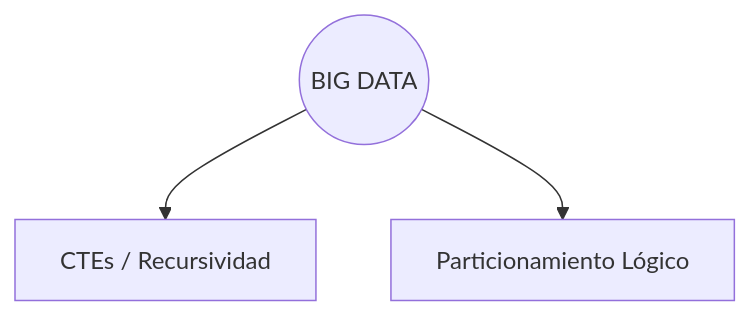
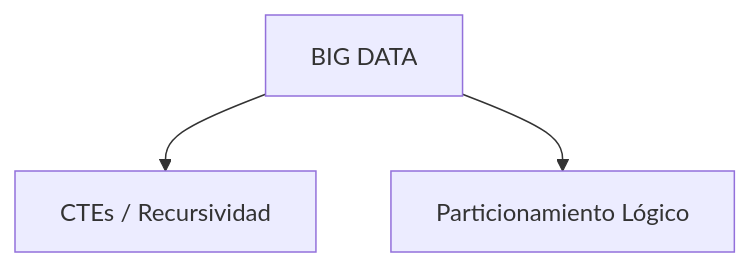
One commit to rraulherediaa/PracticasEstructurasDatos changed the fifth of 12 diagrams in README.md. Above: the diagram before and after it, drawn with Mermaid. The commit also changed other lines of this file, not shown here.

````diff
--- a/README.md
+++ b/README.md
@@ -59,6 +101,6 @@
 ```mermaid
 flowchart TD
-    Data(("BIG DATA"))
+    Data["BIG DATA"]
     Data --> CTE["CTEs / Recursividad"]
     Data --> Part["Particionamiento Lógico"]
 ```
````
